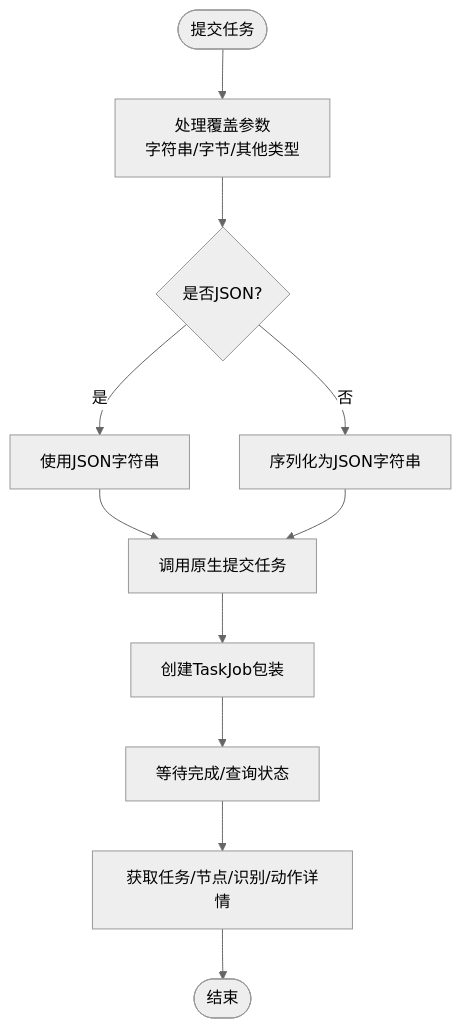
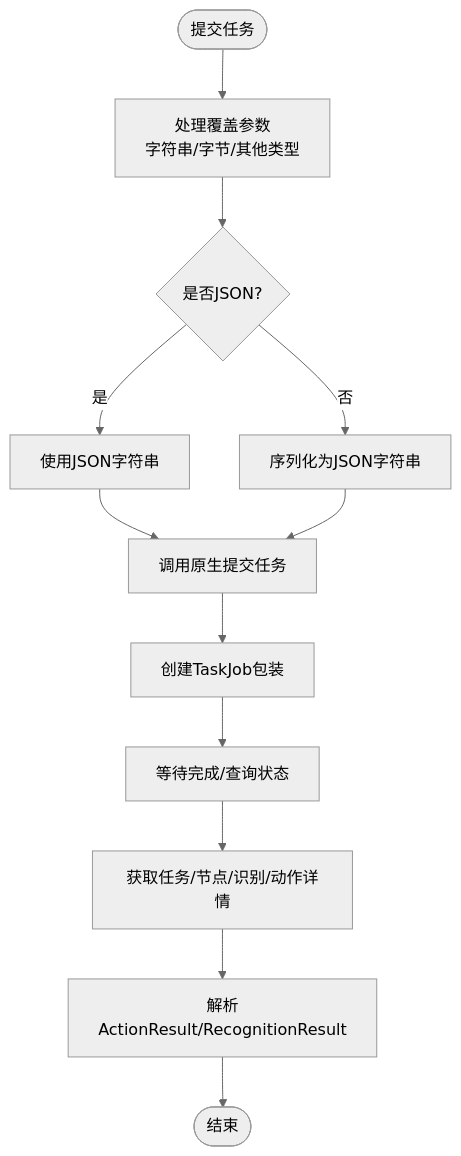
The third of 8 diagrams in instructions/maafw-golang-binding/核心概念/任务管理器 (Tasker).md (kqcoxn/MaaPipelineEditor), drawn with Mermaid (neutral theme) before and after one commit. The commit also changed other lines of this file and 10 other files, not shown here.

````diff
--- a/instructions/maafw-golang-binding/核心概念/任务管理器 (Tasker).md
+++ b/instructions/maafw-golang-binding/核心概念/任务管理器 (Tasker).md
@@ -165,13 +194,14 @@
 ```mermaid
 flowchart TD
 Start(["提交任务"]) --> Override["处理覆盖参数<br/>字符串/字节/其他类型"]
 Override --> Convert{"是否JSON?"}
 Convert --> |是| UseStr["使用JSON字符串"]
 Convert --> |否| Marshal["序列化为JSON字符串"]
 UseStr --> PostNative["调用原生提交任务"]
 Marshal --> PostNative
 PostNative --> NewJob["创建TaskJob包装"]
 NewJob --> Wait["等待完成/查询状态"]
 Wait --> Detail["获取任务/节点/识别/动作详情"]
-Detail --> End(["结束"])
+Detail --> ParseResult["解析ActionResult/RecognitionResult"]
+ParseResult --> End(["结束"])
 ```
````
